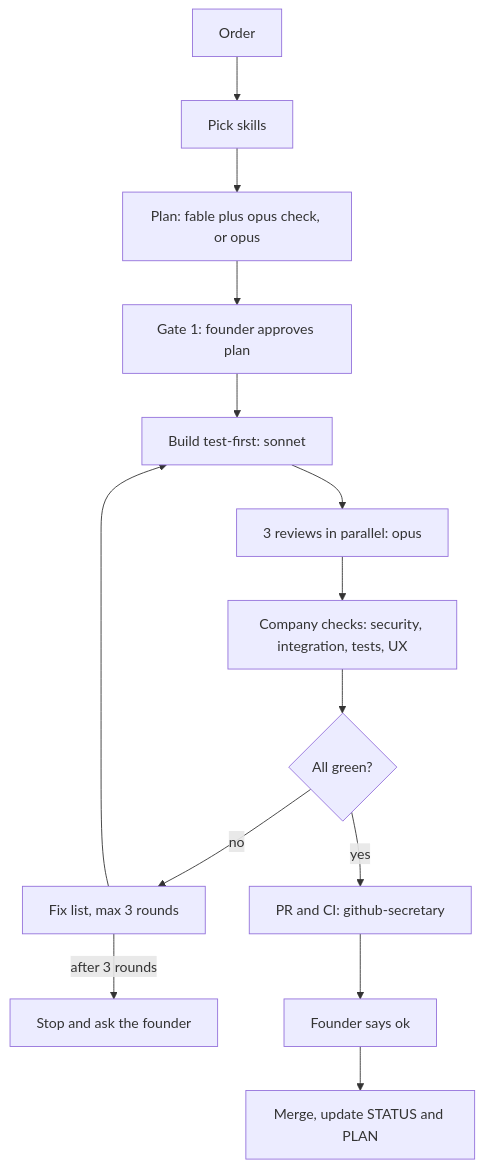
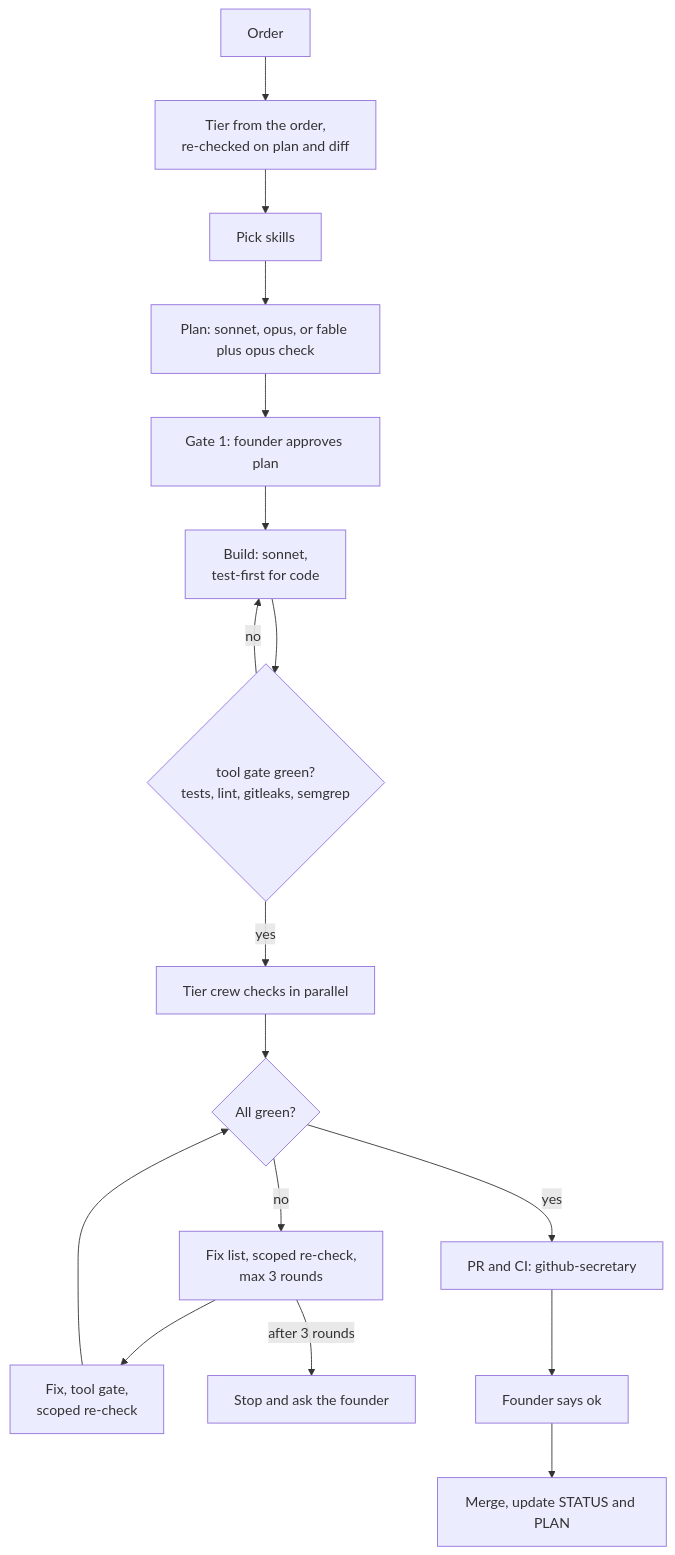
Before and after one commit to LeongJinZhou/ai-company: the second of 3 diagrams in README.md, drawn with Mermaid. The commit also changed other lines of this file and 8 other files, not shown here.

Commit message:
feat: lean workflow (tiers by diff, tool gate, one security review) (#15)

````diff
--- a/README.md
+++ b/README.md
@@ -28,16 +28,19 @@
 ```mermaid
 flowchart TD
-    A["Order"] --> B["Pick skills"]
-    B --> C["Plan: fable plus opus check, or opus"]
+    A["Order"] --> T["Tier from the order,<br>re-checked on plan and diff"]
+    T --> B["Pick skills"]
+    B --> C["Plan: sonnet, opus, or fable plus opus check"]
     C --> D["Gate 1: founder approves plan"]
-    D --> E["Build test-first: sonnet"]
-    E --> F["3 reviews in parallel: opus"]
-    F --> G["Company checks: security, integration, tests, UX"]
-    G --> H{"All green?"}
-    H -- no --> I["Fix list, max 3 rounds"]
-    I --> E
+    D --> E["Build: sonnet,<br>test-first for code"]
+    E --> G0{"tool gate green?<br>tests, lint, gitleaks, semgrep"}
+    G0 -- no --> E
+    G0 -- yes --> F["Tier crew checks in parallel"]
+    F --> H{"All green?"}
+    H -- no --> I["Fix list, scoped re-check,<br>max 3 rounds"]
+    I --> E2["Fix, tool gate,<br>scoped re-check"]
+    E2 --> H
     I -- "after 3 rounds" --> Z["Stop and ask the founder"]
     H -- yes --> J["PR and CI: github-secretary"]
     J --> K["Founder says ok"]
     K --> L["Merge, update STATUS and PLAN"]
 ```
````
